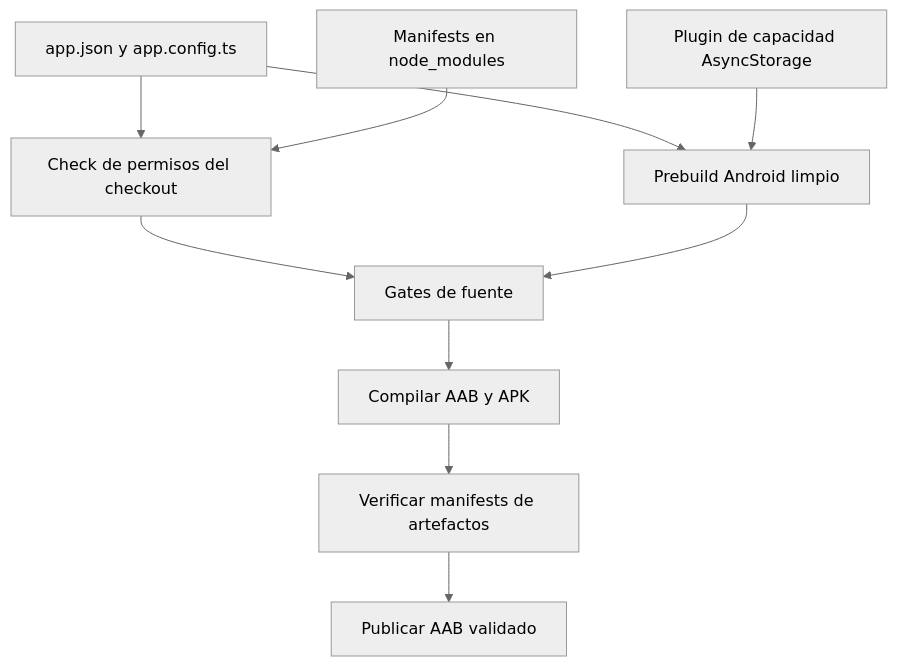
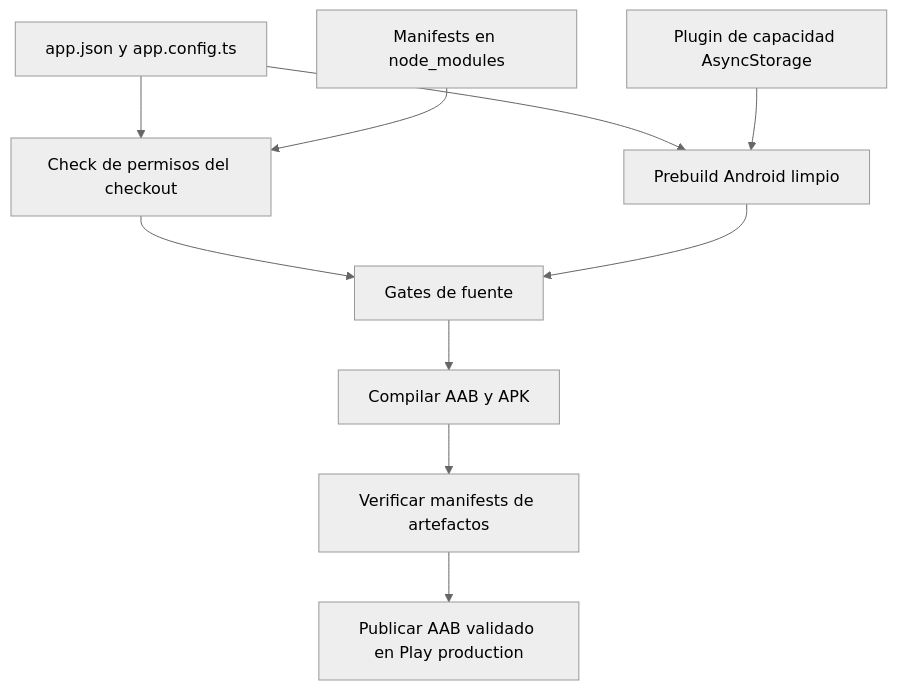
Before and after one commit to maximofn/gymnasia: the diagram in openwiki/operations/android-permissions.md, drawn with Mermaid (neutral theme). The commit also changed other lines of this file and 9 other files, not shown here.

````diff
--- a/openwiki/operations/android-permissions.md
+++ b/openwiki/operations/android-permissions.md
@@ -68,12 +68,12 @@
 ```mermaid
 flowchart TD
-  Expo["app.json y app.config.ts"] --> Scan["Check de permisos del checkout"]
-  Dependencies["Manifests en node_modules"] --> Scan
+  Expo["app.json y app.config.ts"] --> DependencyScan["Check de permisos del checkout"]
+  Dependencies["Manifests en node_modules"] --> DependencyScan
   Expo --> Prebuild["Prebuild Android limpio"]
   Plugin["Plugin de capacidad AsyncStorage"] --> Prebuild
-  Scan --> SourceGate["Gates de fuente"]
+  DependencyScan --> SourceGate["Gates de fuente"]
   Prebuild --> SourceGate
   SourceGate --> Build["Compilar AAB y APK"]
   Build --> Verify["Verificar manifests de artefactos"]
-  Verify --> Publish["Publicar AAB validado"]
+  Verify --> Publish["Publicar AAB validado en Play production"]
 ```
````
